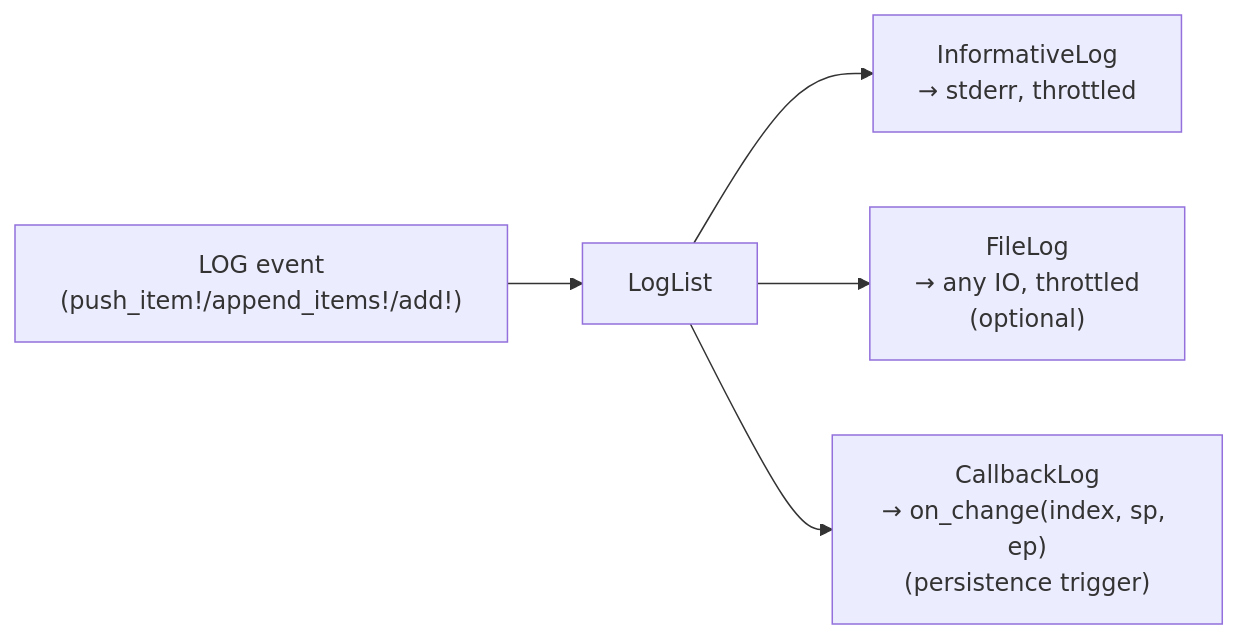
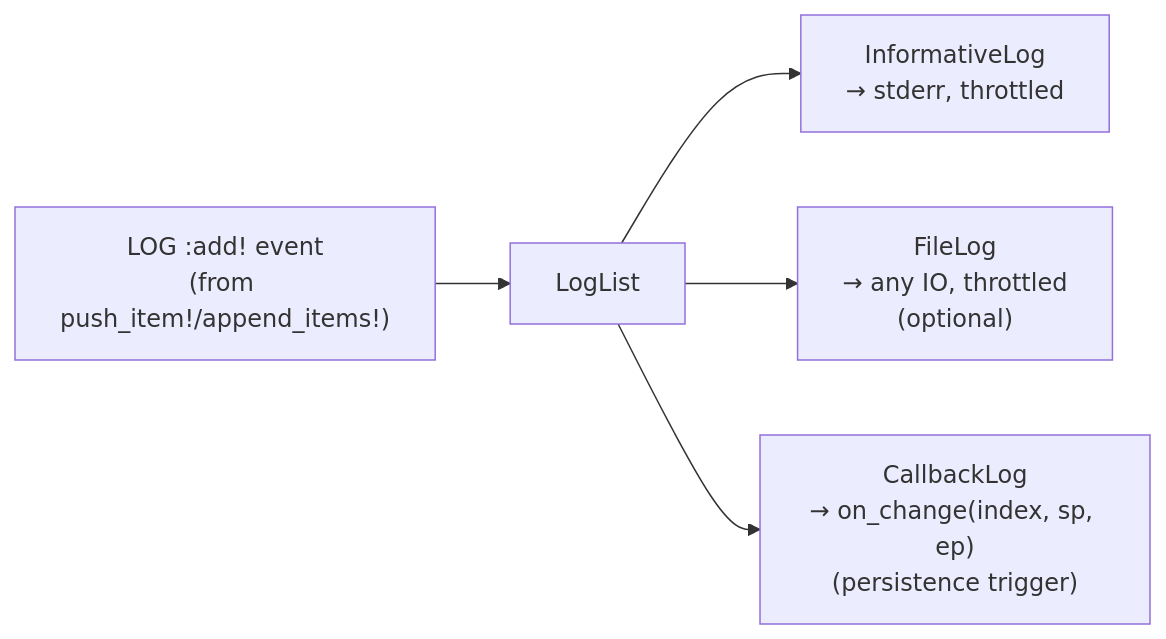
One commit to sadit/SimilaritySearchEngine.jl changed the eighth of 8 diagrams in manual/architecture.qmd. Above: the diagram before and after it, drawn with Mermaid. The commit also changed other lines of this file and 12 other files, not shown here.

````diff
--- a/manual/architecture.qmd
+++ b/manual/architecture.qmd
@@ -314,7 +396,7 @@
 ```{mermaid}
 flowchart LR
-    Event["LOG event<br/>(push_item!/append_items!/add!)"] --> LogList
+    Event["LOG :add! event<br/>(from push_item!/append_items!)"] --> LogList
     LogList --> InformativeLog["InformativeLog<br/>→ stderr, throttled"]
     LogList --> FileLog["FileLog<br/>→ any IO, throttled<br/>(optional)"]
     LogList --> CallbackLog["CallbackLog<br/>→ on_change(index, sp, ep)<br/>(persistence trigger)"]
 ```
````
